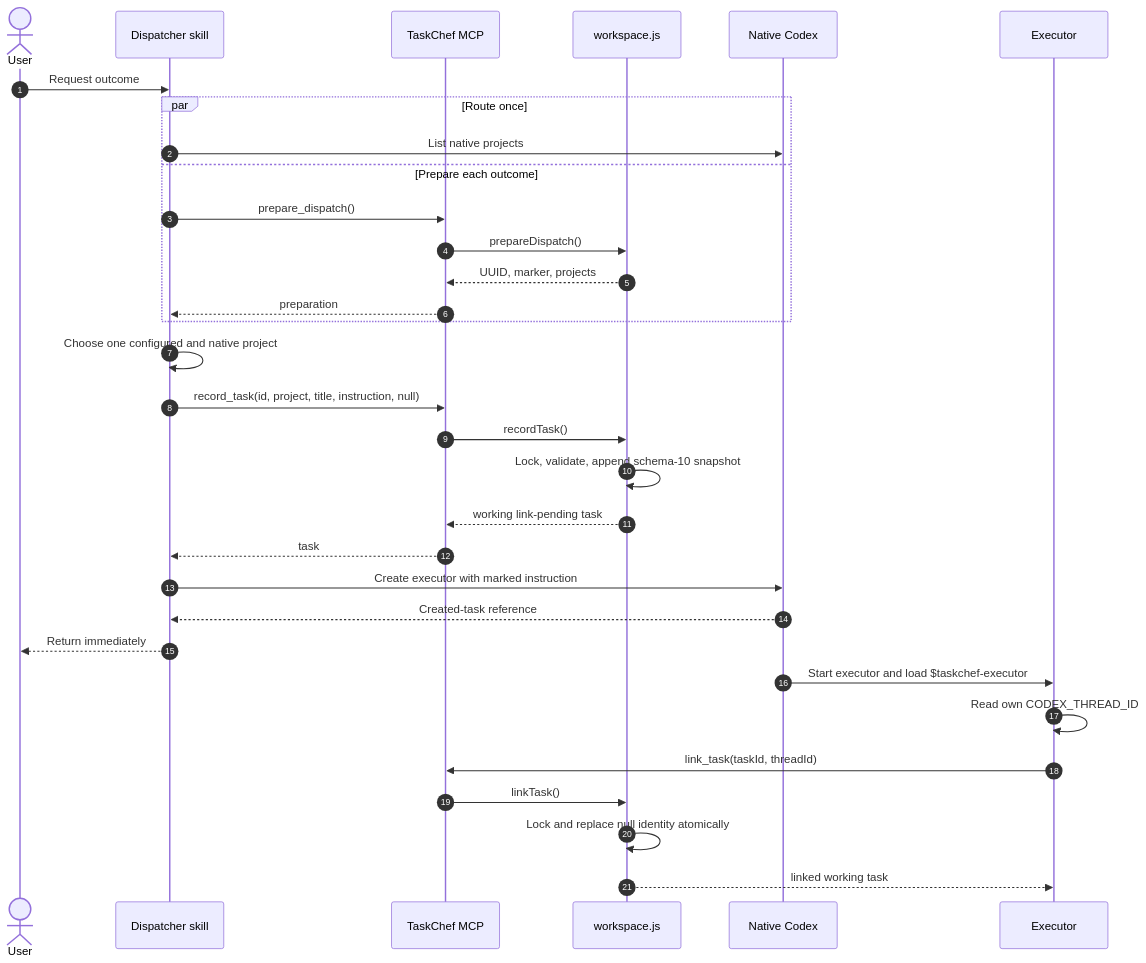
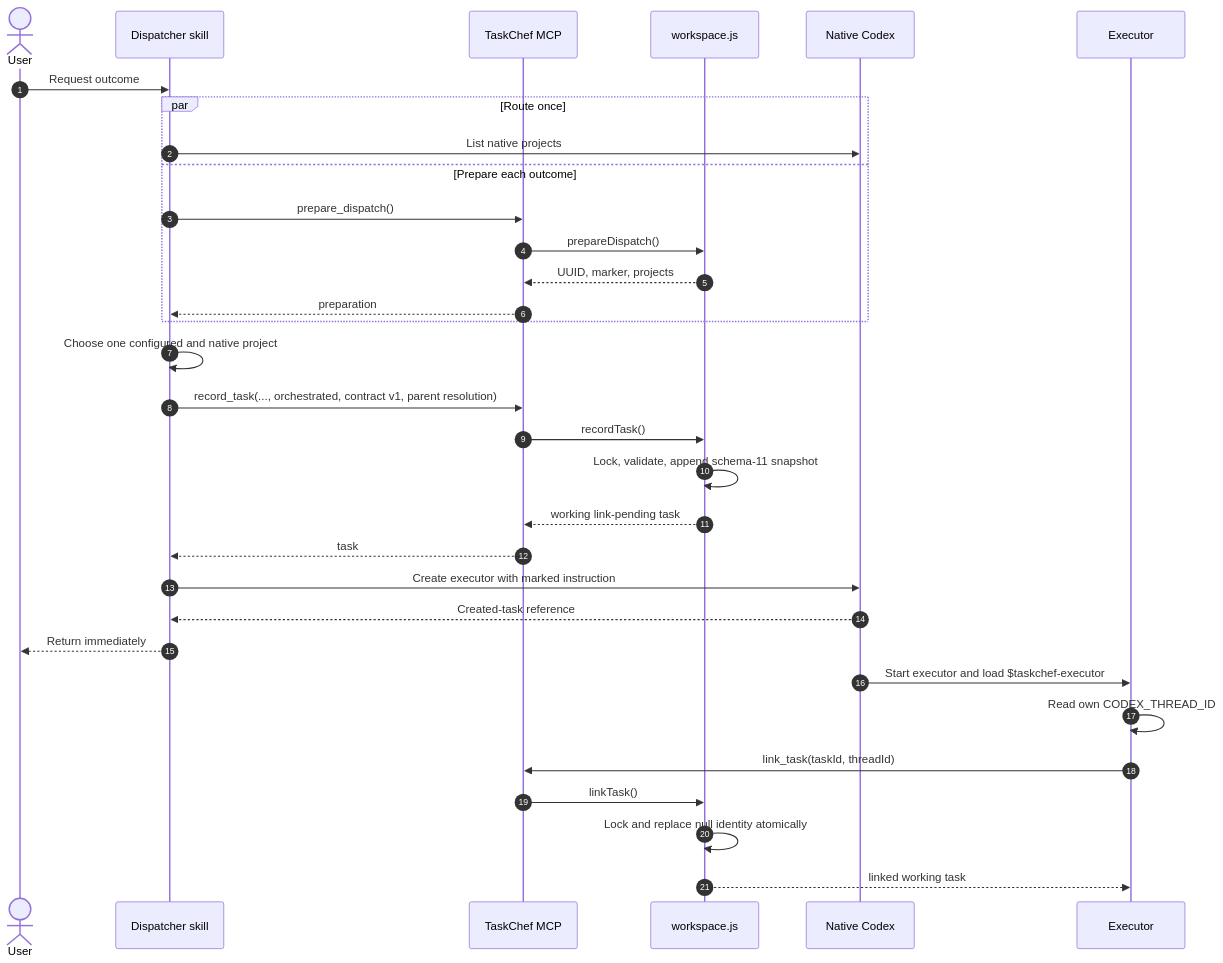
Before and after one commit to favoyang/taskchef: the second of 9 diagrams in docs/workflows.md, drawn with Mermaid. The commit also changed other lines of this file and 31 other files, not shown here.

````diff
--- a/docs/workflows.md
+++ b/docs/workflows.md
@@ -113,34 +114,34 @@
 ```mermaid
 sequenceDiagram
   autonumber
   actor U as User
   participant D as Dispatcher skill
   participant M as TaskChef MCP
   participant W as workspace.js
   participant C as Native Codex
   participant E as Executor
   U->>D: Request outcome
   par Route once
     D->>C: List native projects
   and Prepare each outcome
     D->>M: prepare_dispatch()
     M->>W: prepareDispatch()
     W-->>M: UUID, marker, projects
     M-->>D: preparation
   end
   D->>D: Choose one configured and native project
-  D->>M: record_task(id, project, title, instruction, null)
+  D->>M: record_task(..., orchestrated, contract v1, parent resolution)
   M->>W: recordTask()
-  W->>W: Lock, validate, append schema-10 snapshot
+  W->>W: Lock, validate, append schema-11 snapshot
   W-->>M: working link-pending task
   M-->>D: task
   D->>C: Create executor with marked instruction
   C-->>D: Created-task reference
   D-->>U: Return immediately
   C->>E: Start executor and load $taskchef-executor
   E->>E: Read own CODEX_THREAD_ID
   E->>M: link_task(taskId, threadId)
   M->>W: linkTask()
   W->>W: Lock and replace null identity atomically
   W-->>E: linked working task
 ```
````
